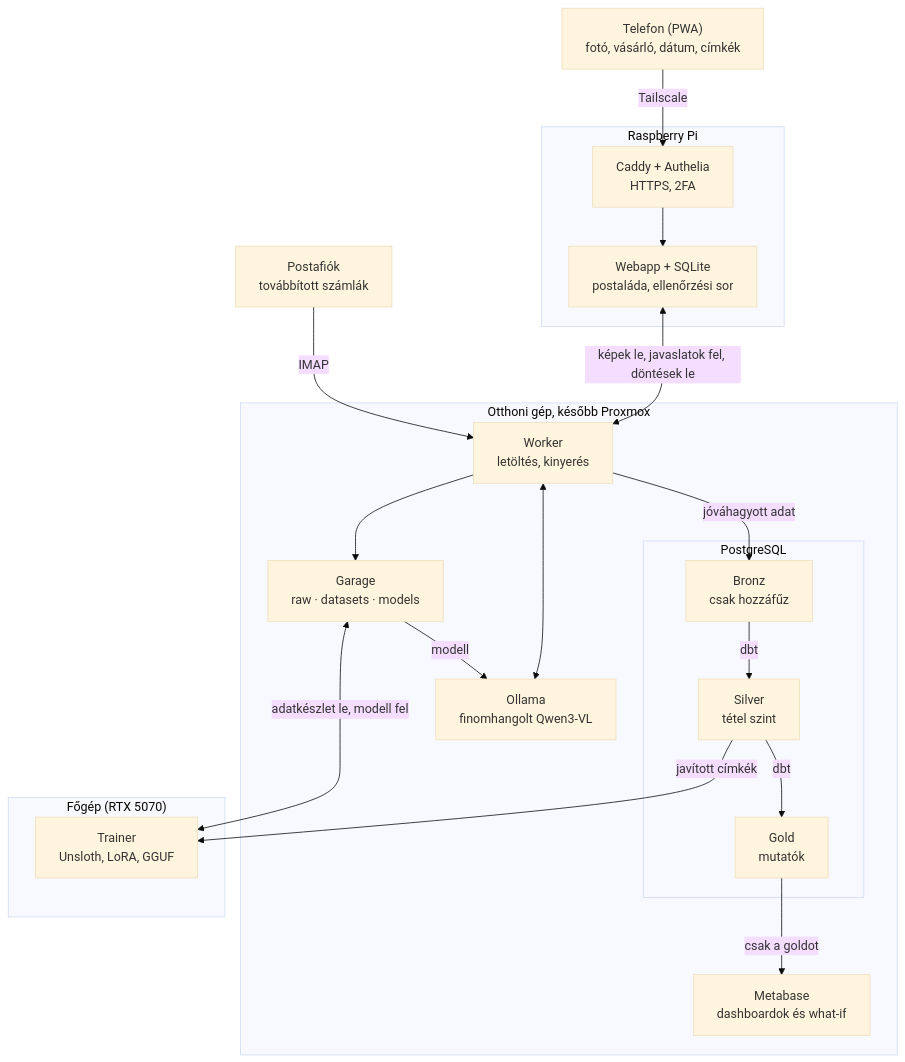
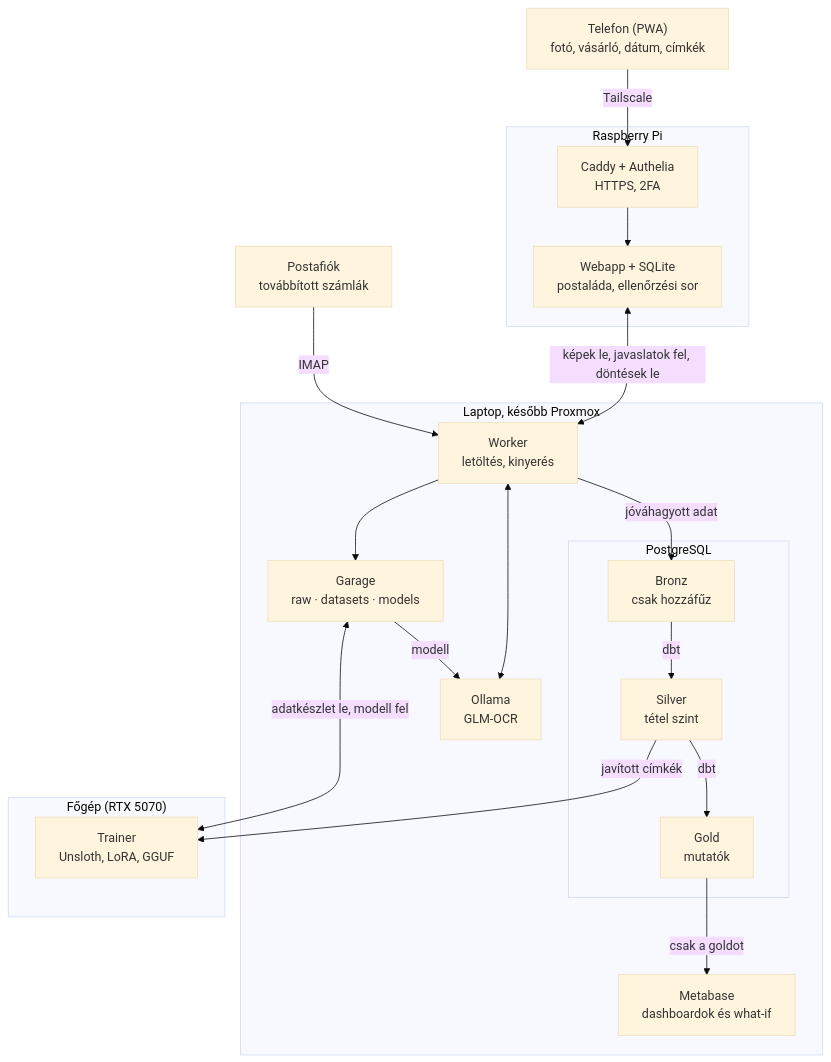
The diagram in docs/Technikai terv.md (Pokol-olvr/finance-tracker), drawn with Mermaid (base theme) before and after one commit. The commit also changed other lines of this file and 5 other files, not shown here.

````diff
--- a/docs/Technikai terv.md
+++ b/docs/Technikai terv.md
@@ -16,30 +16,30 @@
 ```mermaid
 flowchart TB
   tel["Telefon (PWA)<br/>fotó, vásárló, dátum, címkék"]
   mail["Postafiók<br/>továbbított számlák"]
   subgraph pi["Raspberry Pi"]
     caddy["Caddy + Authelia<br/>HTTPS, 2FA"] --> web["Webapp + SQLite<br/>postaláda, ellenőrzési sor"]
   end
-  subgraph home["Otthoni gép, később Proxmox"]
-    ollama["Ollama<br/>finomhangolt Qwen3-VL"]
+  subgraph home["Laptop, később Proxmox"]
+    ollama["Ollama<br/>GLM-OCR"]
     worker["Worker<br/>letöltés, kinyerés"]
     garage["Garage<br/>raw · datasets · models"]
     subgraph pg["PostgreSQL"]
       bronz["Bronz<br/>csak hozzáfűz"] -->|dbt| silver["Silver<br/>tétel szint"] -->|dbt| gold["Gold<br/>mutatók"]
     end
     metabase["Metabase<br/>dashboardok és what-if"]
   end
   subgraph main["Főgép (RTX 5070)"]
     trainer["Trainer<br/>Unsloth, LoRA, GGUF"]
   end
   tel -->|Tailscale| caddy
   web <-->|"képek le, javaslatok fel, döntések le"| worker
   mail -->|IMAP| worker
   worker <--> ollama
   worker --> garage
   worker -->|jóváhagyott adat| bronz
   gold -->|csak a goldot| metabase
   silver -->|javított címkék| trainer
   garage <-->|"adatkészlet le, modell fel"| trainer
   garage -->|modell| ollama
 ```
````
